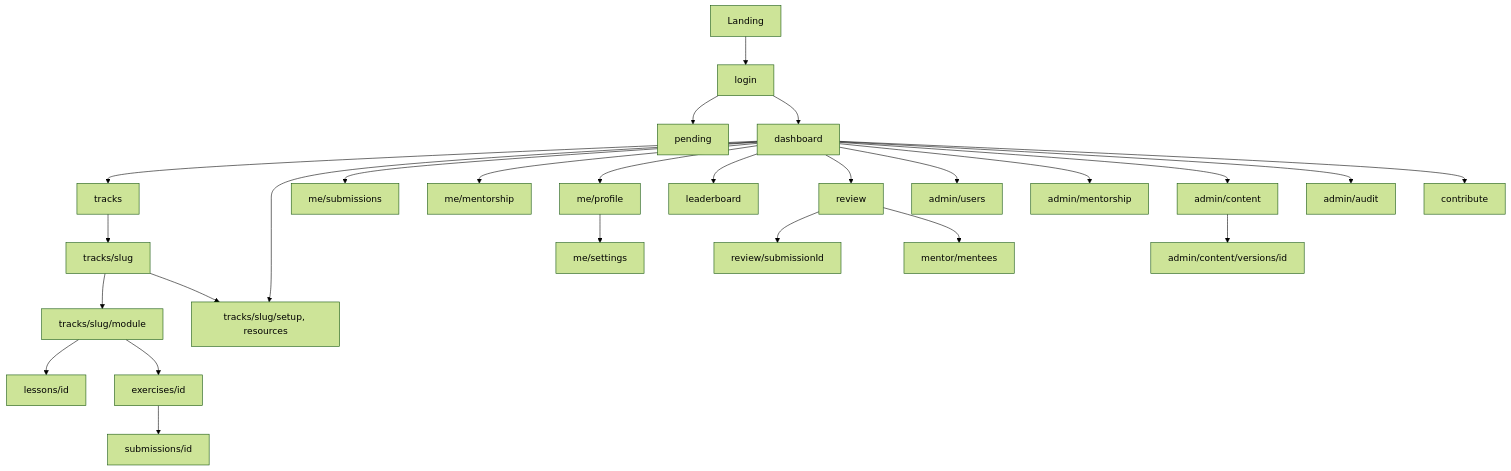
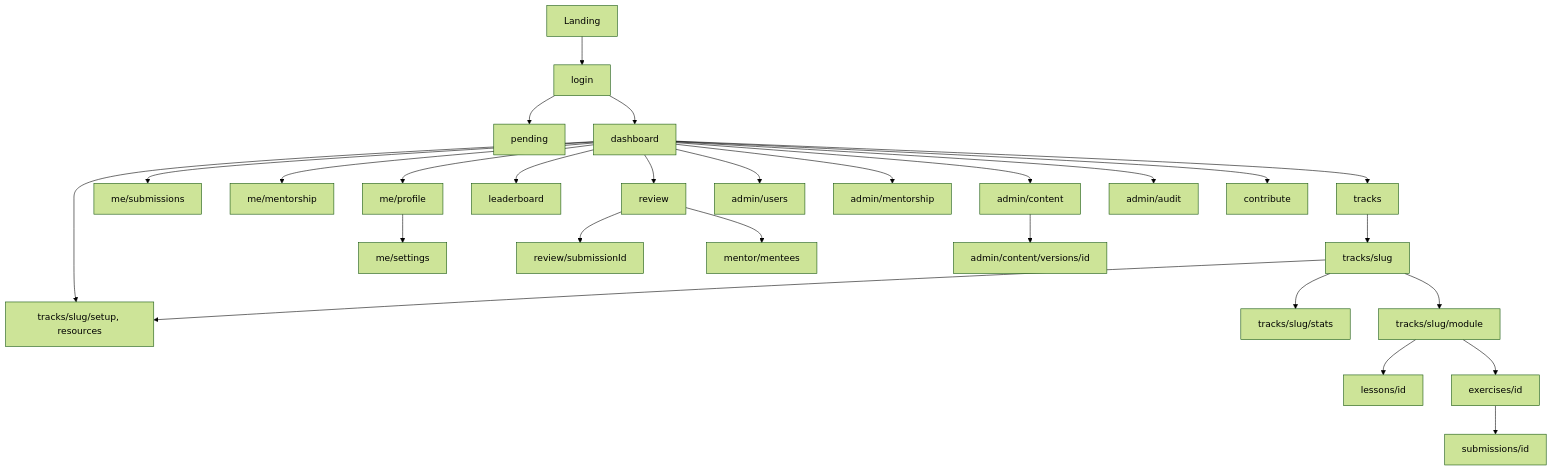
One commit to hcmute-dsc/learning-hub-docs changed the diagram in docs/product/INFORMATION-ARCHITECTURE.md. Above: the diagram before and after it, drawn with Mermaid (forest theme). The commit also changed other lines of this file and 1 other file, not shown here.

First line of the commit message:
Docs: add the track statistics API and page (#57)

````diff
--- a/docs/product/INFORMATION-ARCHITECTURE.md
+++ b/docs/product/INFORMATION-ARCHITECTURE.md
@@ -32,45 +32,47 @@
 ```mermaid
 flowchart TD
   Home[" Landing"]
   Login["login"]
   Pending["pending"]
   Dash["dashboard"]
   Tracks["tracks"]
   Track["tracks/slug"]
   TrackDocs["tracks/slug/setup, resources"]
+  TrackStats["tracks/slug/stats"]
   Module["tracks/slug/module"]
   Lesson["lessons/id"]
   Exercise["exercises/id"]
   Sub["submissions/id"]
   MySubs["me/submissions"]
   MyMentor["me/mentorship"]
   Profile["me/profile"]
   Settings["me/settings"]
   Leader["leaderboard"]
   Review["review"]
   ReviewOne["review/submissionId"]
   Mentees["mentor/mentees"]
   AdminUsers["admin/users"]
   AdminMentor["admin/mentorship"]
   AdminContent["admin/content"]
   AdminVer["admin/content/versions/id"]
   AdminAudit["admin/audit"]
   Contribute["contribute"]
   Home --> Login --> Pending
   Login --> Dash
   Dash --> Tracks --> Track --> Module --> Lesson
   Track --> TrackDocs
+  Track --> TrackStats
   Dash --> TrackDocs
   Module --> Exercise --> Sub
   Dash --> MySubs
   Dash --> MyMentor
   Dash --> Profile --> Settings
   Dash --> Leader
   Dash --> Review --> ReviewOne
   Review --> Mentees
   Dash --> AdminUsers
   Dash --> AdminMentor
   Dash --> AdminContent --> AdminVer
   Dash --> AdminAudit
   Dash --> Contribute
 ```
````
